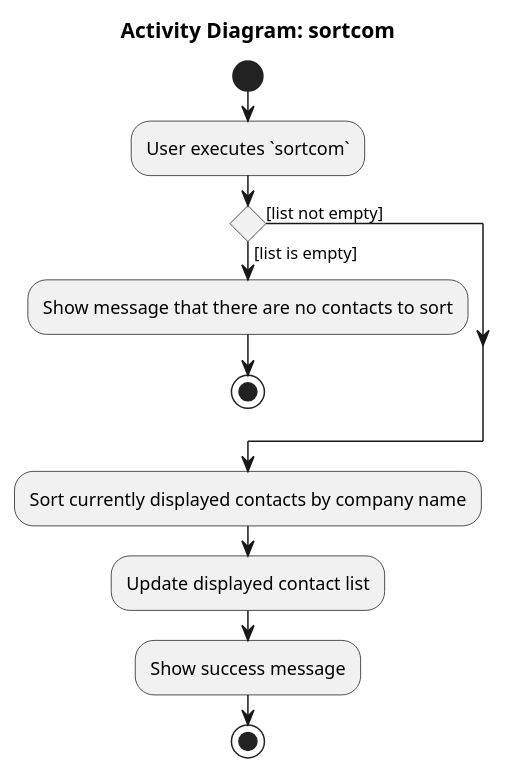
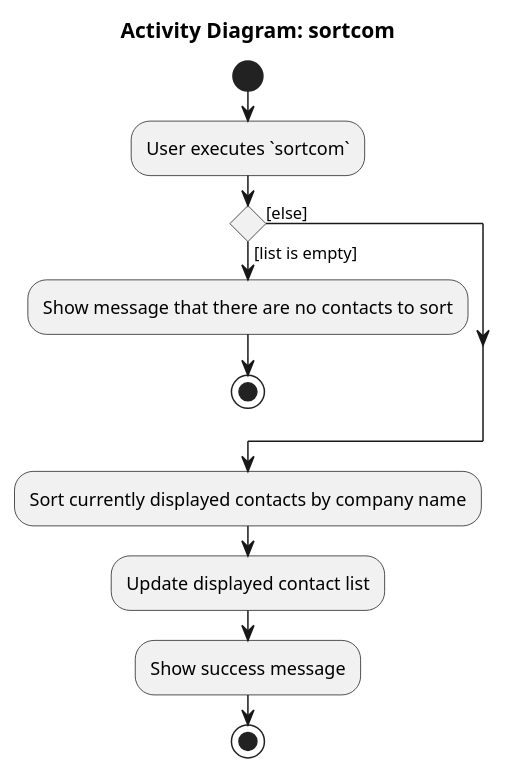
One commit to AY2526S2-CS2103-T11-1/tp changed the diagram in diagrams/company/SortComActivityDiagram.puml. Above: the diagram before and after it, drawn with PlantUML. The commit also changed 40 other files, not shown here.

```diff
--- a/diagrams/company/SortComActivityDiagram.puml
+++ b/diagrams/company/SortComActivityDiagram.puml
@@ -1,19 +1,19 @@
 @startuml
 title Activity Diagram: sortcom
 
 start
 
 :User executes `sortcom`;
 
 if () then ([list is empty])
     :Show message that there are no contacts to sort;
     stop
-else ([list not empty])
+else ([else])
 endif
 
 :Sort currently displayed contacts by company name;
 :Update displayed contact list;
 :Show success message;
 
 stop
 @enduml
```
